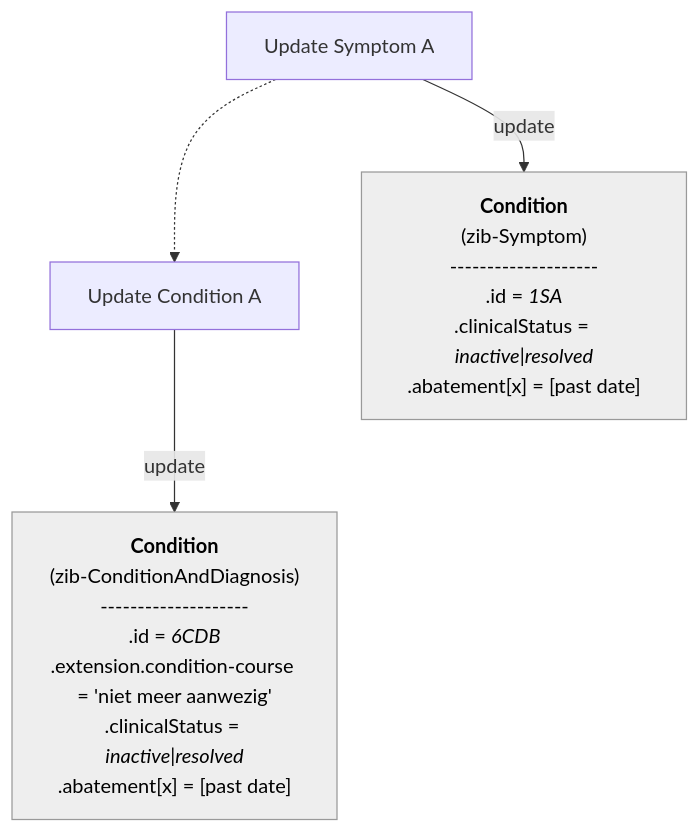
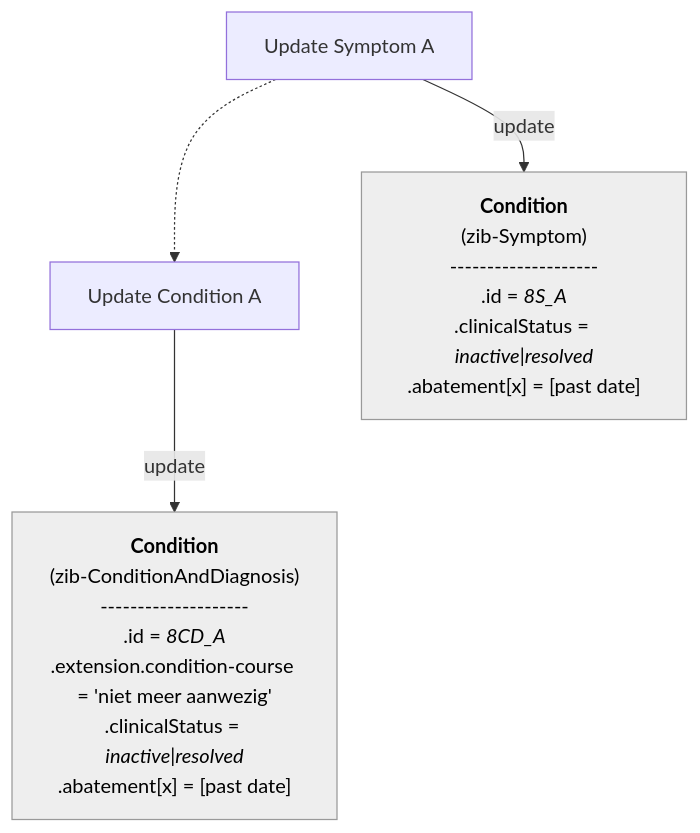
Before and after one commit to Nictiz/Nictiz-R4-zib2024: the tenth of 16 diagrams in documentation/Condition-Diagnosis-Symptom.md, drawn with Mermaid. The commit also changed other lines of this file, not shown here.

````diff
--- a/documentation/Condition-Diagnosis-Symptom.md
+++ b/documentation/Condition-Diagnosis-Symptom.md
@@ -353,34 +362,34 @@
 ```mermaid
 flowchart TB
 
 UpdateSymptom_A["`Update Symptom A`"]
 UpdateDiagnosis_B["`Update Condition A`"]
 
 UpdateSymptom_A -.-> UpdateDiagnosis_B
 
     S_A["`
         **Condition**
         (zib-Symptom)
         --------------------
-        .id = _1SA_
+        .id = _8S_A_
         .clinicalStatus = _inactive_|_resolved_
         .abatement[x] = [past date]
         `"]    
 
     CD_B["`
         **Condition**
         (zib-ConditionAndDiagnosis)
         --------------------
-        .id = _6CDB_
+        .id = _8CD_A_
         .extension.condition-course = 'niet meer aanwezig'
         .clinicalStatus = _inactive_|_resolved_
         .abatement[x] = [past date]
         `"] 
    
     S_A:::Ash
     CD_B:::Ash
     classDef Ash stroke-width:1px, stroke-dasharray:none, stroke:#999999, fill:#EEEEEE, color:#000000
 
 UpdateSymptom_A -- update --> S_A
 UpdateDiagnosis_B -- update --> CD_B
 ```
````
